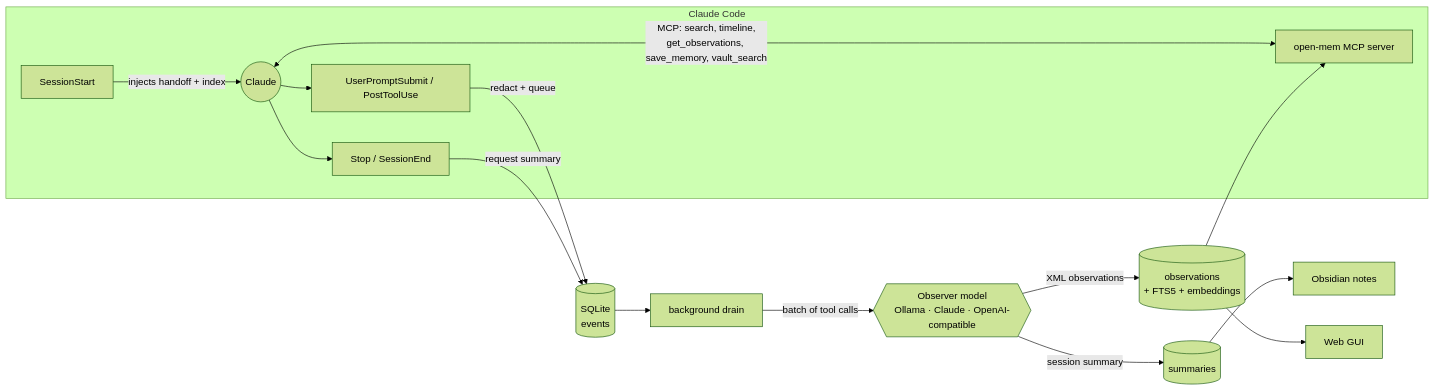
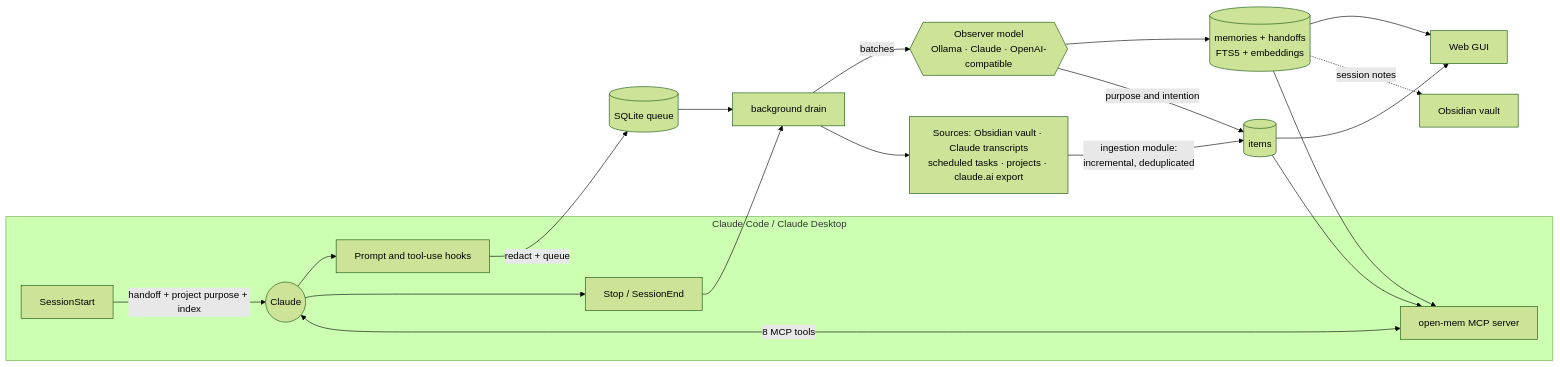
One commit to kamalivaturi/open-mem changed the diagram in README.md. Above: the diagram before and after it, drawn with Mermaid (forest theme). The commit also changed other lines of this file and 8 other files, not shown here.

````diff
--- a/README.md
+++ b/README.md
@@ -117,18 +271,22 @@
 ```mermaid
 flowchart LR
-  subgraph Claude Code
-    A[SessionStart] -->|injects handoff + index| C((Claude))
-    C --> B[UserPromptSubmit / PostToolUse]
+  subgraph CC[Claude Code / Claude Desktop]
+    A[SessionStart] -->|handoff + project purpose + index| C((Claude))
+    C --> B[Prompt and tool-use hooks]
     C --> D[Stop / SessionEnd]
-    C <-->|MCP: search, timeline,<br/>get_observations, save_memory, vault_search| M[open-mem MCP server]
+    C <-->|8 MCP tools| M[open-mem MCP server]
   end
-  B -->|redact + queue| Q[(SQLite<br/>events)]
-  D -->|request summary| Q
-  Q --> W[background drain]
-  W -->|batch of tool calls| L{{Observer model<br/>Ollama · Claude · OpenAI-compatible}}
-  L -->|XML observations| O[(observations<br/>+ FTS5 + embeddings)]
-  L -->|session summary| S[(summaries)]
-  S --> V[Obsidian notes]
+  B -->|redact + queue| Q[(SQLite queue)]
+  D --> W[background drain]
+  Q --> W
+  W -->|batches| L{{Observer model<br/>Ollama · Claude · OpenAI-compatible}}
+  L --> O[(memories + handoffs<br/>FTS5 + embeddings)]
+  S[Sources: Obsidian vault · Claude transcripts<br/>scheduled tasks · projects · claude.ai export] -->|ingestion module:<br/>incremental, deduplicated| I[(items)]
+  W --> S
+  L -->|purpose and intention| I
   O --> M
+  I --> M
   O --> G[Web GUI]
+  I --> G
+  O -.session notes.-> V[Obsidian vault]
 ```
````
